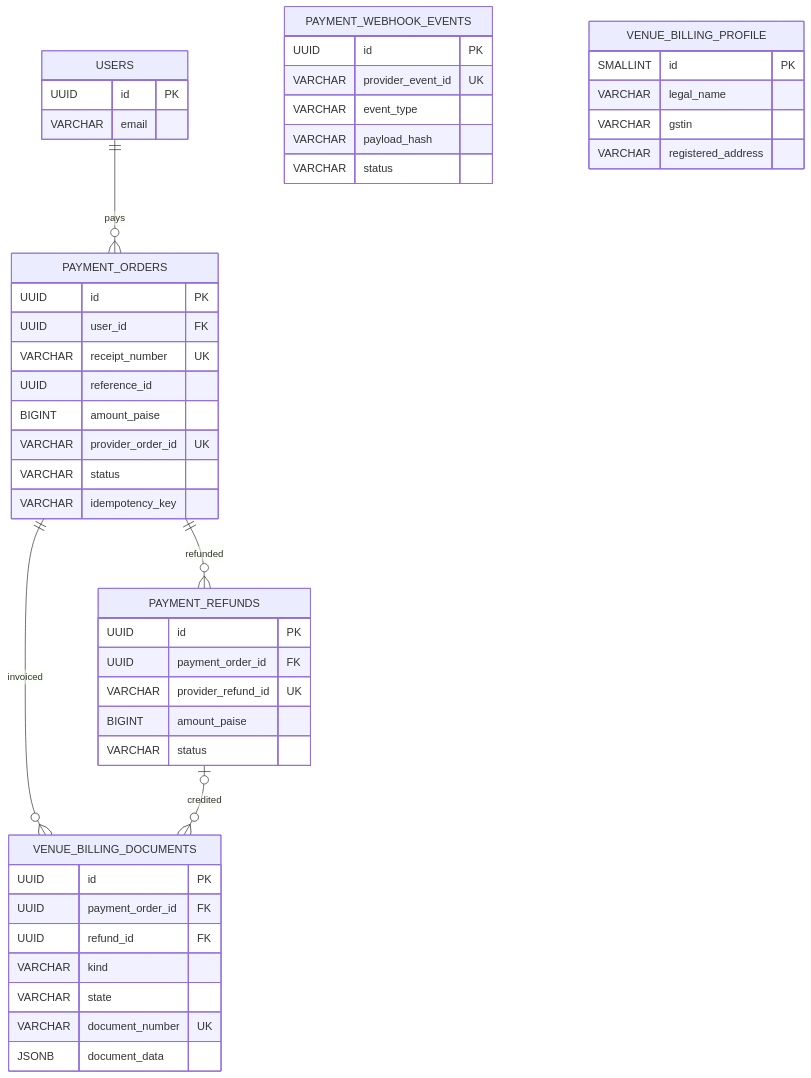
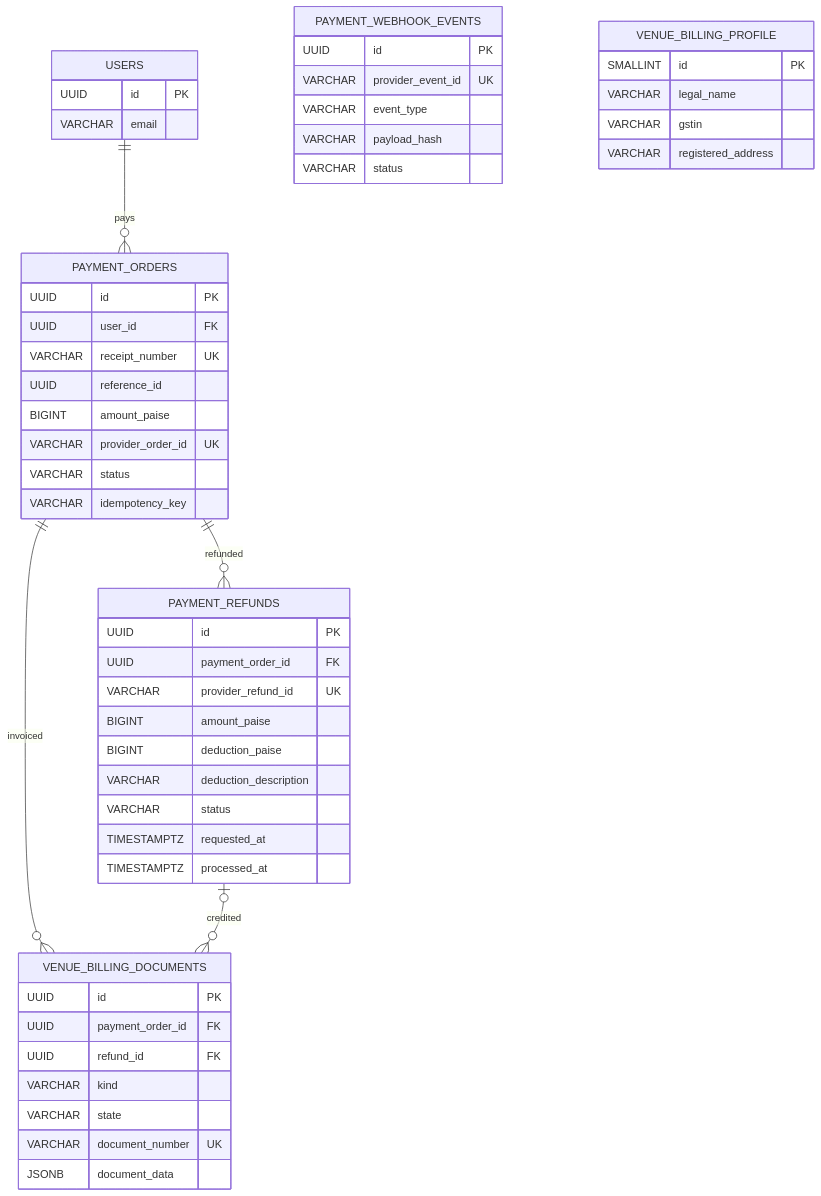
One commit to varadatechworks/play-nexa changed the second of 5 diagrams in docs/architecture-kt/ER_BOOKING_PAYMENTS.md. Above: the diagram before and after it, drawn with Mermaid.

Commit message:
docs(db): include retained refund deduction audit fields

````diff
--- a/docs/architecture-kt/ER_BOOKING_PAYMENTS.md
+++ b/docs/architecture-kt/ER_BOOKING_PAYMENTS.md
@@ -86,50 +86,54 @@
 ```mermaid
 erDiagram
   USERS {
     UUID id PK
     VARCHAR email
   }
   PAYMENT_ORDERS {
     UUID id PK
     UUID user_id FK
     VARCHAR receipt_number UK
     UUID reference_id
     BIGINT amount_paise
     VARCHAR provider_order_id UK
     VARCHAR status
     VARCHAR idempotency_key
   }
   PAYMENT_REFUNDS {
     UUID id PK
     UUID payment_order_id FK
     VARCHAR provider_refund_id UK
     BIGINT amount_paise
+    BIGINT deduction_paise
+    VARCHAR deduction_description
     VARCHAR status
+    TIMESTAMPTZ requested_at
+    TIMESTAMPTZ processed_at
   }
   PAYMENT_WEBHOOK_EVENTS {
     UUID id PK
     VARCHAR provider_event_id UK
     VARCHAR event_type
     VARCHAR payload_hash
     VARCHAR status
   }
   VENUE_BILLING_PROFILE {
     SMALLINT id PK
     VARCHAR legal_name
     VARCHAR gstin
     VARCHAR registered_address
   }
   VENUE_BILLING_DOCUMENTS {
     UUID id PK
     UUID payment_order_id FK
     UUID refund_id FK
     VARCHAR kind
     VARCHAR state
     VARCHAR document_number UK
     JSONB document_data
   }
   USERS ||--o{ PAYMENT_ORDERS : pays
   PAYMENT_ORDERS ||--o{ PAYMENT_REFUNDS : refunded
   PAYMENT_ORDERS ||--o{ VENUE_BILLING_DOCUMENTS : invoiced
   PAYMENT_REFUNDS |o--o{ VENUE_BILLING_DOCUMENTS : credited
 ```
````
